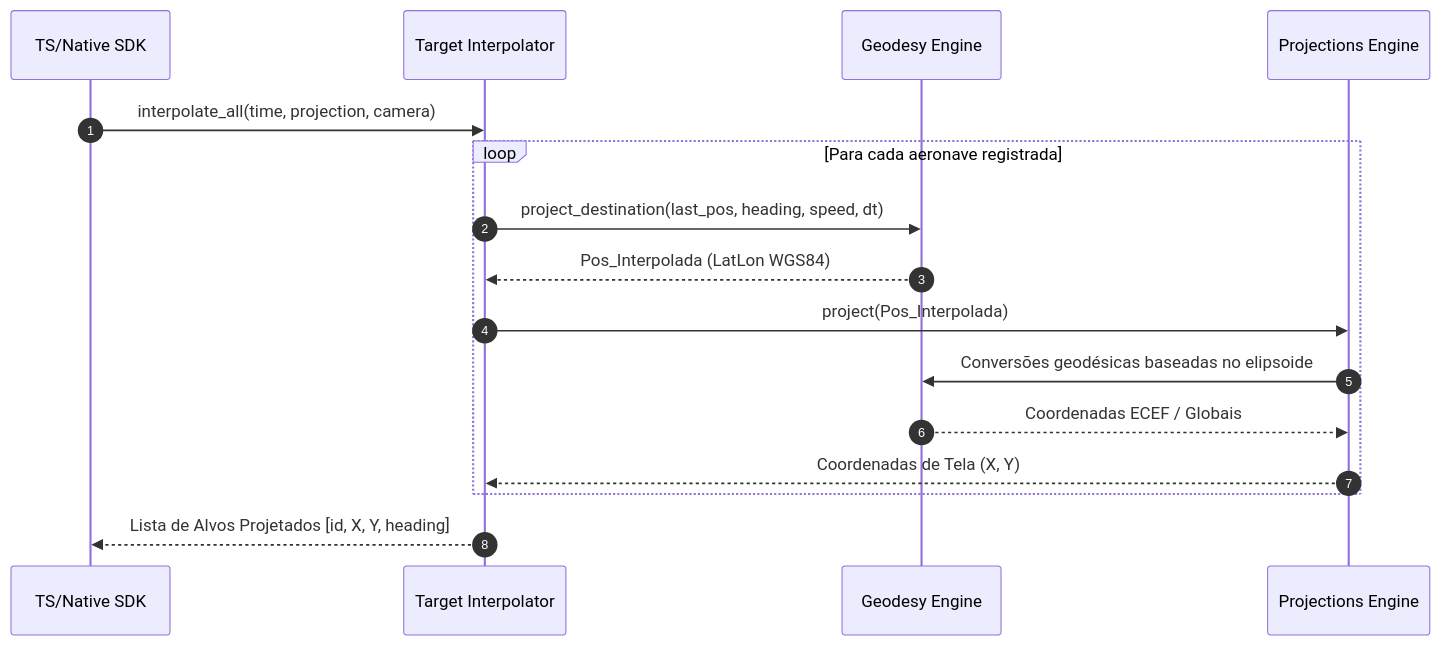
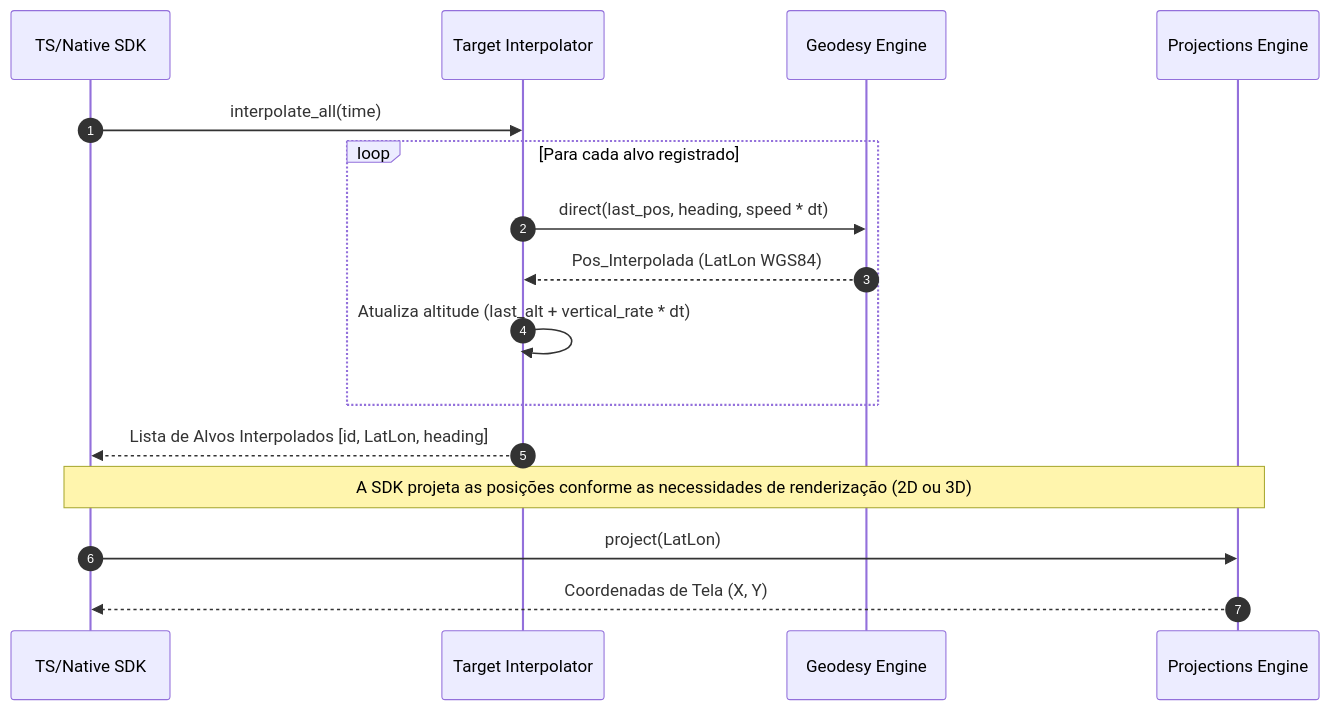
Before and after one commit to rodoni/olayer: the second of 3 diagrams in docs/core/components.md, drawn with Mermaid. The commit also changed other lines of this file and 36 other files, not shown here.

````diff
--- a/docs/core/components.md
+++ b/docs/core/components.md
@@ -425,19 +411,20 @@
 ```mermaid
 sequenceDiagram
     autonumber
     participant SDK as TS/Native SDK
     participant Inter as Target Interpolator
     participant Geo as Geodesy Engine
     participant Proj as Projections Engine
     
-    SDK->>Inter: interpolate_all(time, projection, camera)
-    loop Para cada aeronave registrada
-        Inter->>Geo: project_destination(last_pos, heading, speed, dt)
+    SDK->>Inter: interpolate_all(time)
+    loop Para cada alvo registrado
+        Inter->>Geo: direct(last_pos, heading, speed * dt)
         Geo-->>Inter: Pos_Interpolada (LatLon WGS84)
-        Inter->>Proj: project(Pos_Interpolada)
-        Proj->>Geo: Conversões geodésicas baseadas no elipsoide
-        Geo-->>Proj: Coordenadas ECEF / Globais
-        Proj-->>Inter: Coordenadas de Tela (X, Y)
+        Inter->>Inter: Atualiza altitude (last_alt + vertical_rate * dt)
     end
-    Inter-->>SDK: Lista de Alvos Projetados [id, X, Y, heading]
+    Inter-->>SDK: Lista de Alvos Interpolados [id, LatLon, heading]
+    
+    Note over SDK, Proj: A SDK projeta as posições conforme as necessidades de renderização (2D ou 3D)
+    SDK->>Proj: project(LatLon)
+    Proj-->>SDK: Coordenadas de Tela (X, Y)
 ```
````
